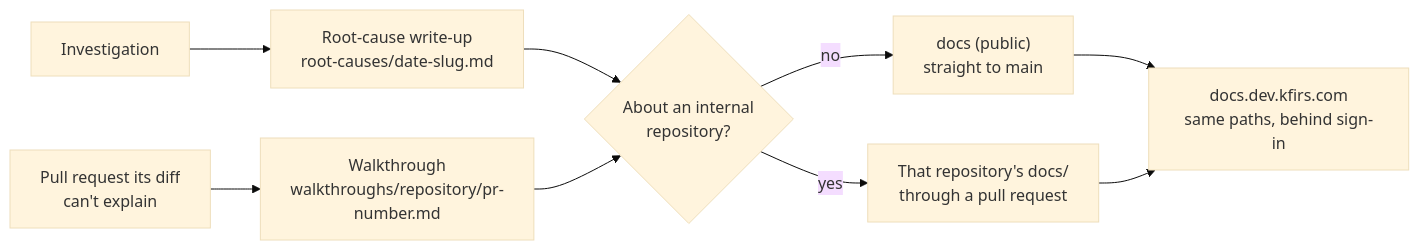
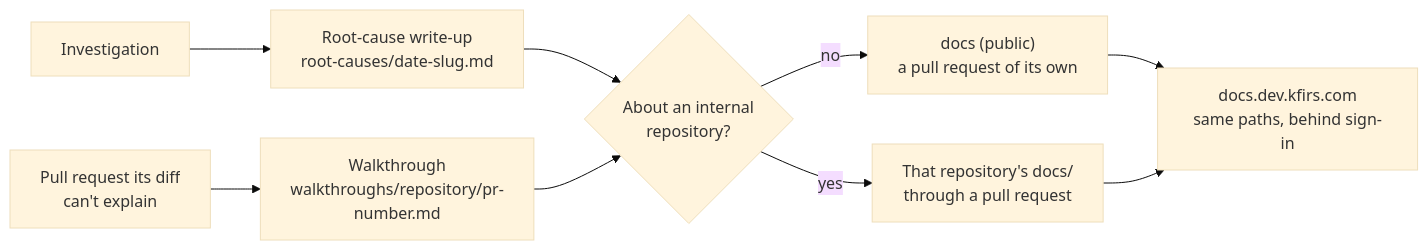
Before and after one commit to arikkfir-org/docs: the diagram in hub/designs/investigations-and-walkthroughs.md, drawn with Mermaid (base theme). The commit also changed other lines of this file and 2 other files, not shown here.

Commit message:
docs: route write-ups and walkthroughs through pull requests
docs takes pull requests now, so a public repository's root-cause
write-up and a walkthrough go to docs in a pull request of their own,
not straight to main. The templates and their design say so.

Part of ENG-121

Claude-Session: https://claude.ai/code/session_01P52SpPJ4DwGurLMY6PKDYJ

````diff
--- a/hub/designs/investigations-and-walkthroughs.md
+++ b/hub/designs/investigations-and-walkthroughs.md
@@ -14,11 +14,11 @@
 ```mermaid
 flowchart LR
   I["Investigation"] --> R["Root-cause write-up<br/>root-causes/date-slug.md"]
   P["Pull request its diff<br/>can't explain"] --> W["Walkthrough<br/>walkthroughs/repository/pr-number.md"]
   R --> V{"About an internal<br/>repository?"}
   W --> V
-  V -->|no| D["docs (public)<br/>straight to main"]
+  V -->|no| D["docs (public)<br/>a pull request of its own"]
   V -->|yes| F["That repository's docs/<br/>through a pull request"]
   D --> S["docs.dev.kfirs.com<br/>same paths, behind sign-in"]
   F --> S
 ```
````
